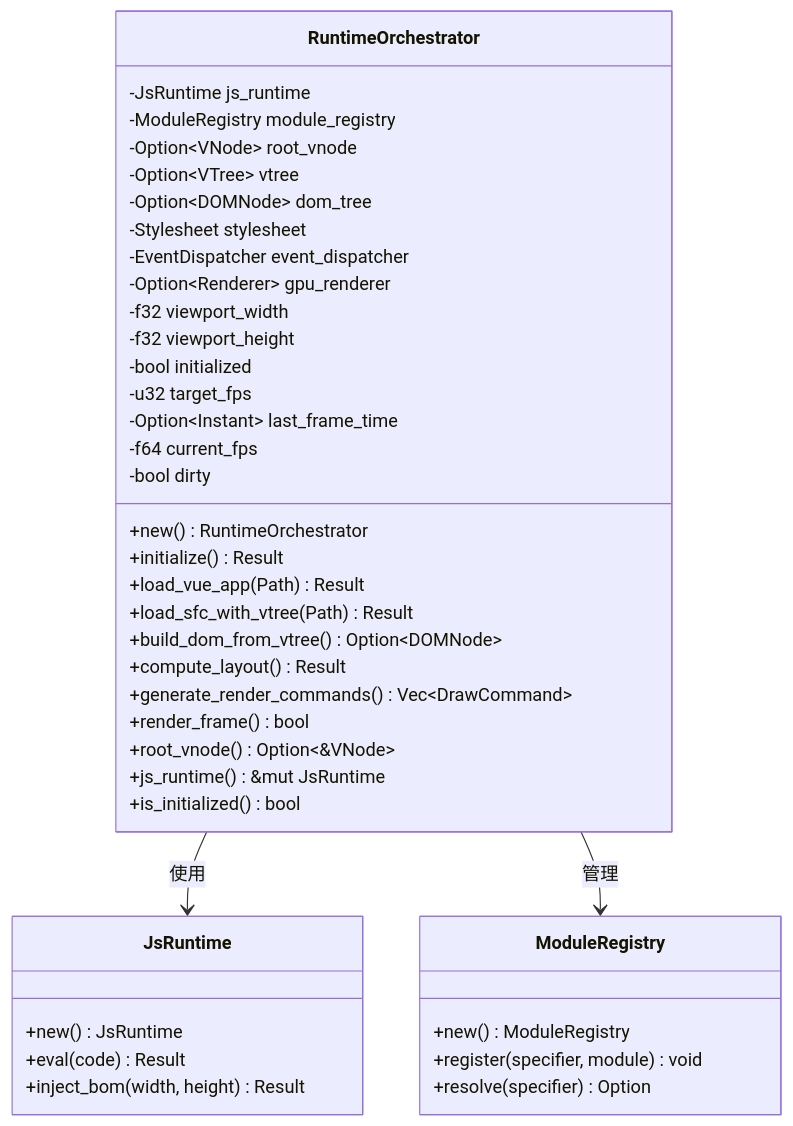
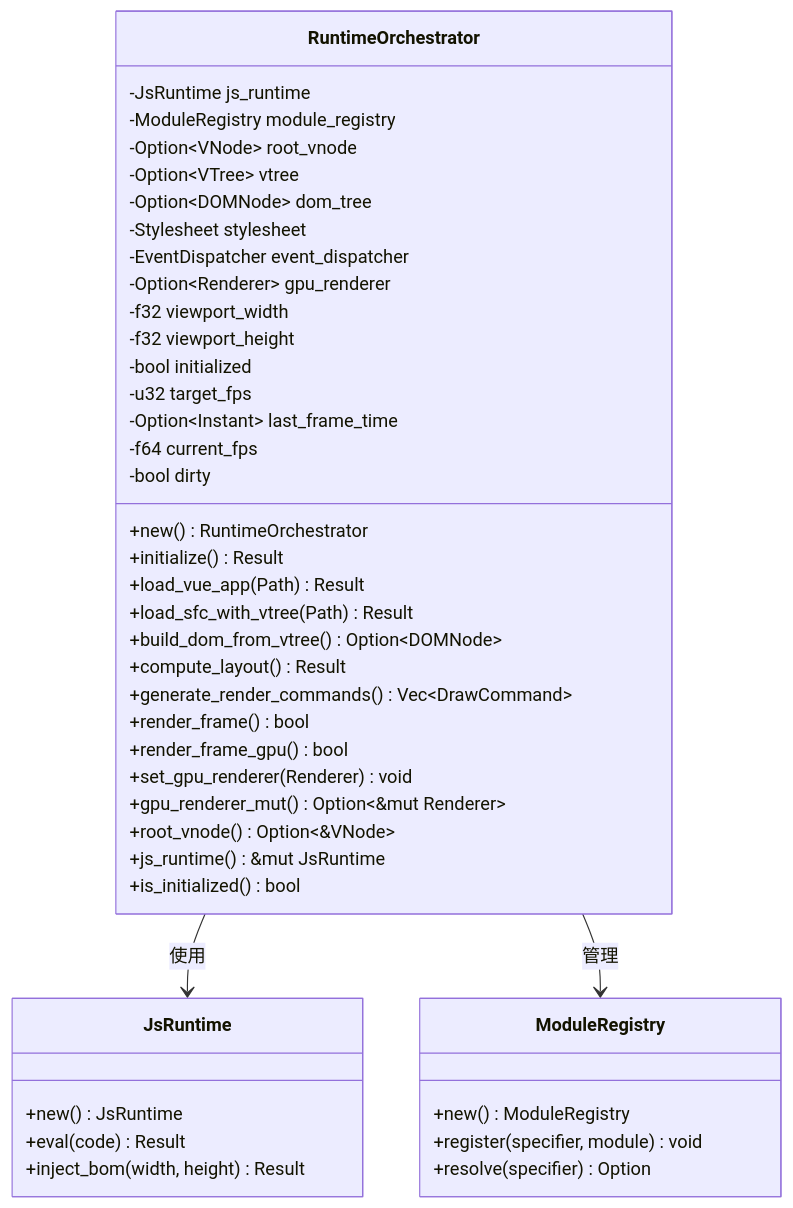
The third of 11 diagrams in .qoder/repowiki/zh/content/项目概述/路线图进度跟踪系统.md (itszzl-sudo/iris), drawn with Mermaid before and after one commit. The commit also changed other lines of this file and 6 other files, not shown here.

````diff
--- a/.qoder/repowiki/zh/content/项目概述/路线图进度跟踪系统.md
+++ b/.qoder/repowiki/zh/content/项目概述/路线图进度跟踪系统.md
@@ -245,43 +259,46 @@
 ```mermaid
 classDiagram
 class RuntimeOrchestrator {
 -JsRuntime js_runtime
 -ModuleRegistry module_registry
 -Option~VNode~ root_vnode
 -Option~VTree~ vtree
 -Option~DOMNode~ dom_tree
 -Stylesheet stylesheet
 -EventDispatcher event_dispatcher
 -Option~Renderer~ gpu_renderer
 -f32 viewport_width
 -f32 viewport_height
 -bool initialized
 -u32 target_fps
 -Option~Instant~ last_frame_time
 -f64 current_fps
 -bool dirty
 +new() RuntimeOrchestrator
 +initialize() Result
 +load_vue_app(Path) Result
 +load_sfc_with_vtree(Path) Result
 +build_dom_from_vtree() Option~DOMNode~
 +compute_layout() Result
 +generate_render_commands() Vec~DrawCommand~
 +render_frame() bool
++render_frame_gpu() bool
++set_gpu_renderer(Renderer) void
++gpu_renderer_mut() Option~&mut Renderer~
 +root_vnode() Option~&VNode~
 +js_runtime() &mut JsRuntime
 +is_initialized() bool
 }
 class JsRuntime {
 +new() JsRuntime
 +eval(code) Result
 +inject_bom(width, height) Result
 }
 class ModuleRegistry {
 +new() ModuleRegistry
 +register(specifier, module) void
 +resolve(specifier) Option
 }
 RuntimeOrchestrator --> JsRuntime : 使用
 RuntimeOrchestrator --> ModuleRegistry : 管理
 ```
````
